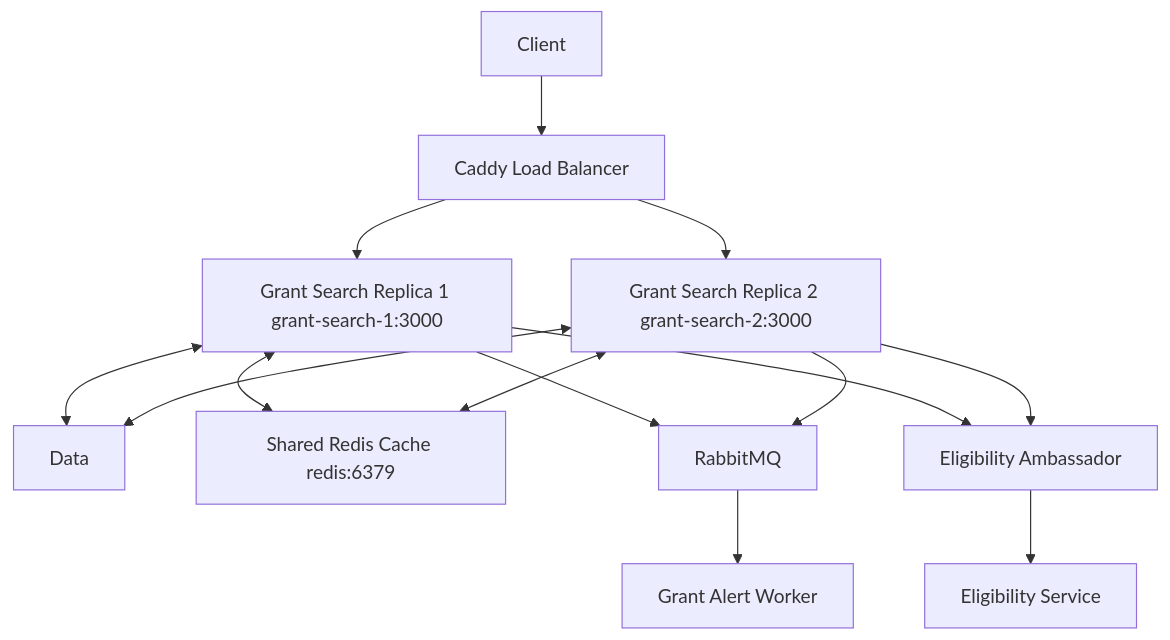
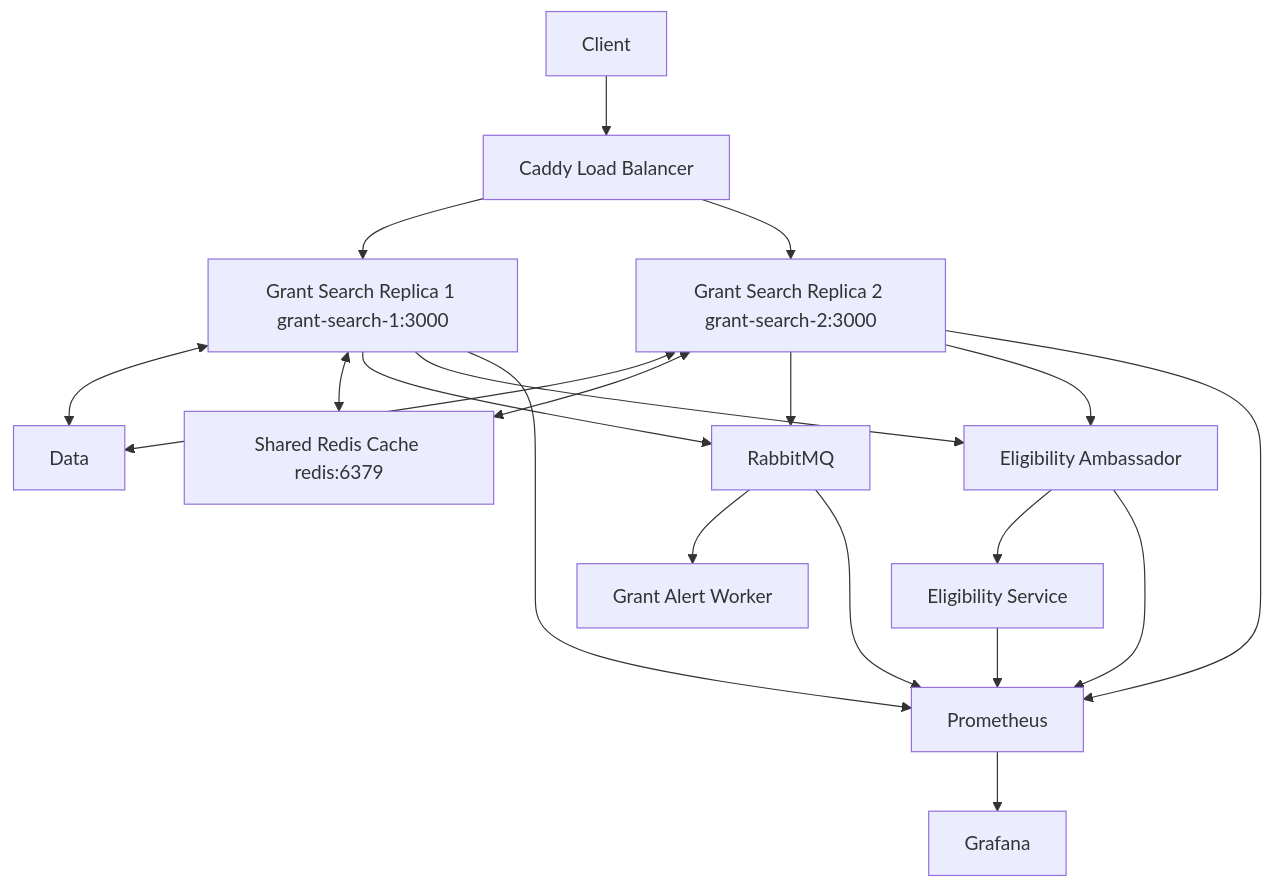
The diagram in docs/SERVICES.md (acmurdockUMASS/426-project-grant-search), drawn with Mermaid before and after one commit. The commit also changed other lines of this file, not shown here.

````diff
--- a/docs/SERVICES.md
+++ b/docs/SERVICES.md
@@ -26,16 +26,22 @@
 ```mermaid
 graph TD;
 A[Client] --> B[Caddy Load Balancer] 
 B --> C[Grant Search Replica 1 grant-search-1:3000]
 B --> D[Grant Search Replica 2 grant-search-2:3000]
 C <--> G[Data]
 C <--> F[Shared Redis Cache redis:6379 ]
 D <--> G
 D <--> F
 C --> J[RabbitMQ]
 D --> J
 C --> H[Eligibility Ambassador]
 D --> H
 H --> I[Eligibility Service]
 J --> K[Grant Alert Worker]
+H --> L[Prometheus]
+I --> L
+J --> L
+C --> L
+D --> L
+L --> M[Grafana]
 ```
````
